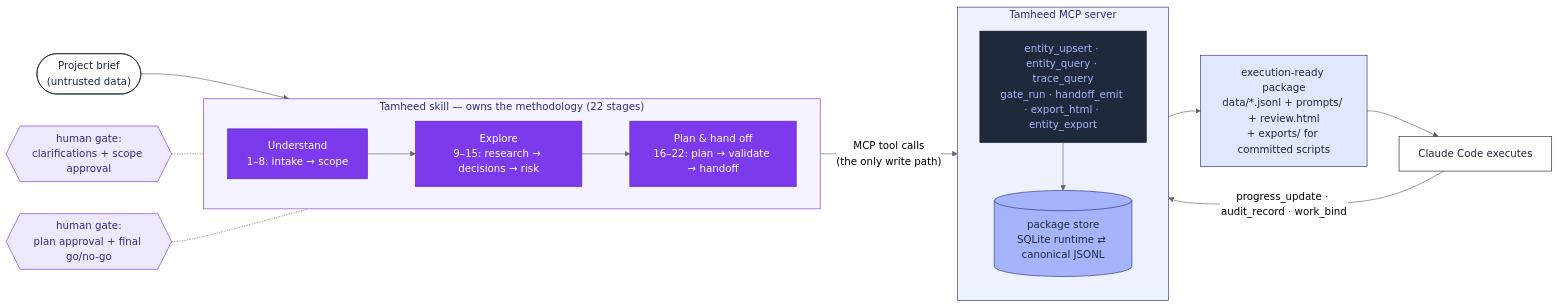
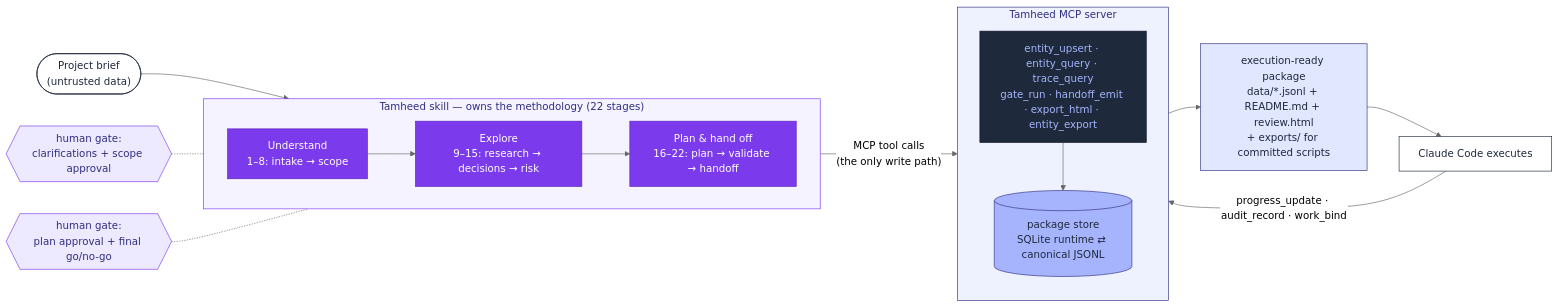
The diagram in README.md (A-H-911/tamheed), drawn with Mermaid (neutral theme) before and after one commit. The commit also changed other lines of this file and 25 other files, not shown here.

````diff
--- a/README.md
+++ b/README.md
@@ -348,41 +352,41 @@
 ```mermaid
 flowchart LR
     brief(["Project brief<br/>(untrusted data)"]) --> U
 
     subgraph SKILL["Tamheed skill — owns the methodology (22 stages)"]
         direction LR
         U["Understand<br/>1–8: intake → scope"] --> X["Explore<br/>9–15: research → decisions → risk"]
         X --> P["Plan &amp; hand off<br/>16–22: plan → validate → handoff"]
     end
 
     G1{{"human gate:<br/>clarifications + scope approval"}} -.- U
     G2{{"human gate:<br/>plan approval + final go/no-go"}} -.- P
 
     SKILL -- "MCP tool calls<br/>(the only write path)" --> T
 
     subgraph SRV["Tamheed MCP server"]
         direction TB
         T["entity_upsert · entity_query · trace_query<br/>gate_run · handoff_emit · export_html · entity_export"]
         DB[("package store<br/>SQLite runtime ⇄ canonical JSONL")]
         T --> DB
     end
 
-    DB --> OUT["execution-ready package<br/>data/*.jsonl + prompts/ + review.html<br/>+ exports/ for committed scripts"]
+    DB --> OUT["execution-ready package<br/>data/*.jsonl + README.md + review.html<br/>+ exports/ for committed scripts"]
     OUT --> EXEC["Claude Code executes"]
     EXEC -- "progress_update · audit_record · work_bind" --> T
 
     classDef stage fill:#7c3aed,stroke:#5b21b6,color:#ffffff
     classDef gate fill:#ede9fe,stroke:#7c3aed,color:#312e81
     classDef card fill:#ffffff,stroke:#1e293b,color:#1e293b
     classDef tools fill:#1e293b,stroke:#0f172a,color:#a5b4fc
     classDef store fill:#a5b4fc,stroke:#312e81,color:#1e293b
     classDef pkg fill:#e0e7ff,stroke:#312e81,color:#1e293b
     class U,X,P stage
     class G1,G2 gate
     class brief,EXEC card
     class T tools
     class DB store
     class OUT pkg
     style SKILL fill:#f5f3ff,stroke:#7c3aed,color:#312e81
     style SRV fill:#eef2ff,stroke:#312e81,color:#312e81
 ```
````
